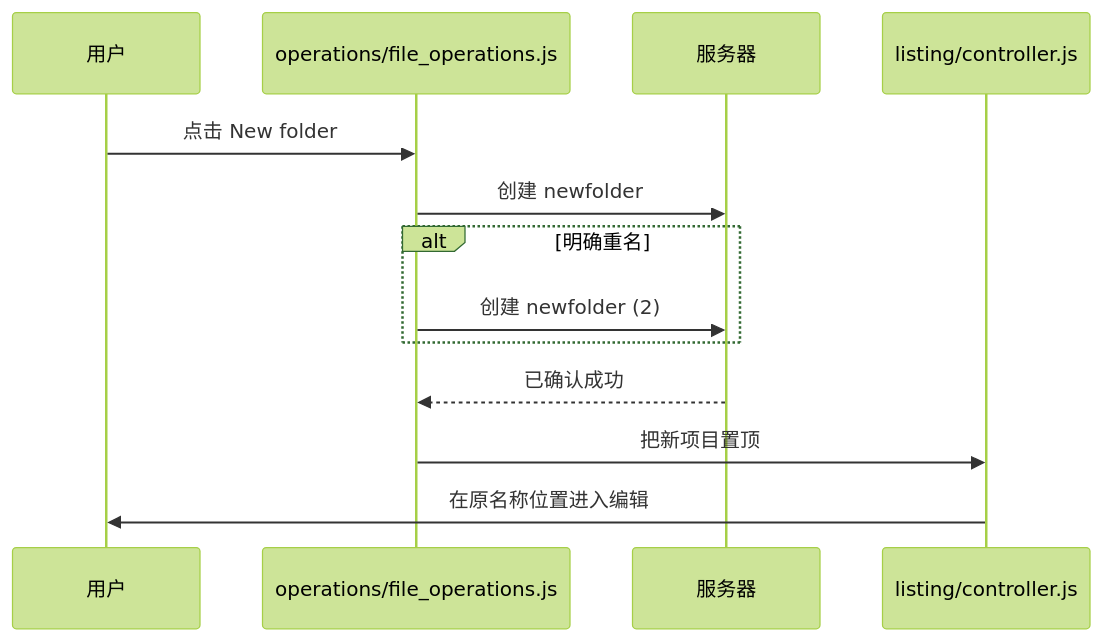
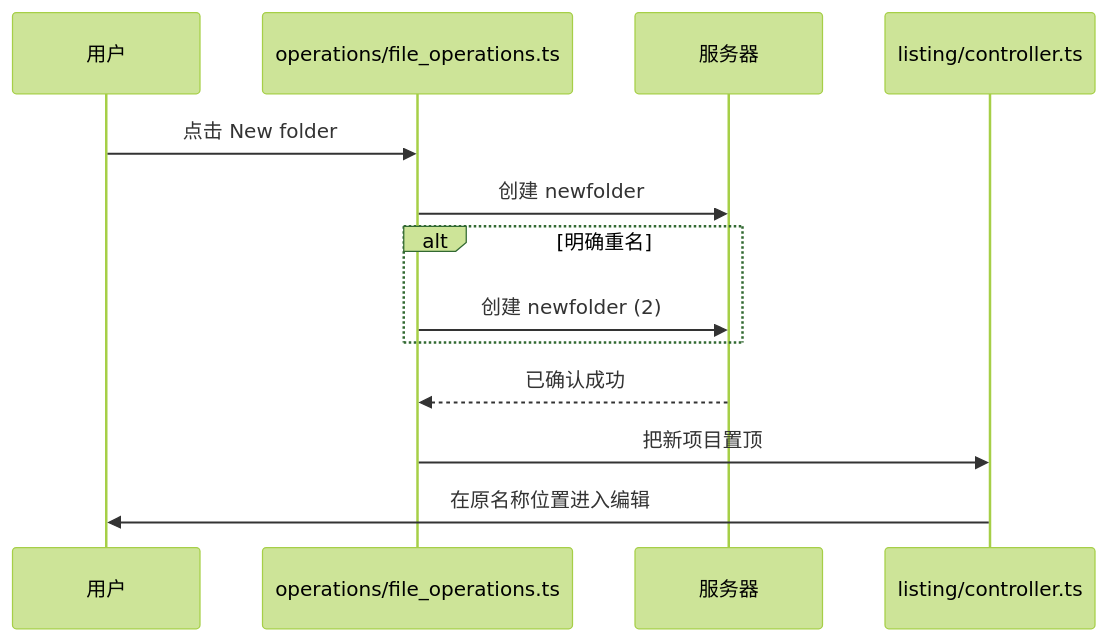
The fourth of 5 diagrams in docs/beginner-guide/06-frontend-guide.md (isarmg/dufs-ram-server), drawn with Mermaid (forest theme) before and after one commit. The commit also changed other lines of this file and 186 other files, not shown here.

````diff
--- a/docs/beginner-guide/06-frontend-guide.md
+++ b/docs/beginner-guide/06-frontend-guide.md
@@ -491,15 +467,15 @@
 ```mermaid
 sequenceDiagram
     participant U as 用户
-    participant O as operations/file_operations.js
+    participant O as operations/file_operations.ts
     participant S as 服务器
-    participant L as listing/controller.js
+    participant L as listing/controller.ts
     U->>O: 点击 New folder
     O->>S: 创建 newfolder
     alt 明确重名
         O->>S: 创建 newfolder (2)
     end
     S-->>O: 已确认成功
     O->>L: 把新项目置顶
     L->>U: 在原名称位置进入编辑
 ```
````
